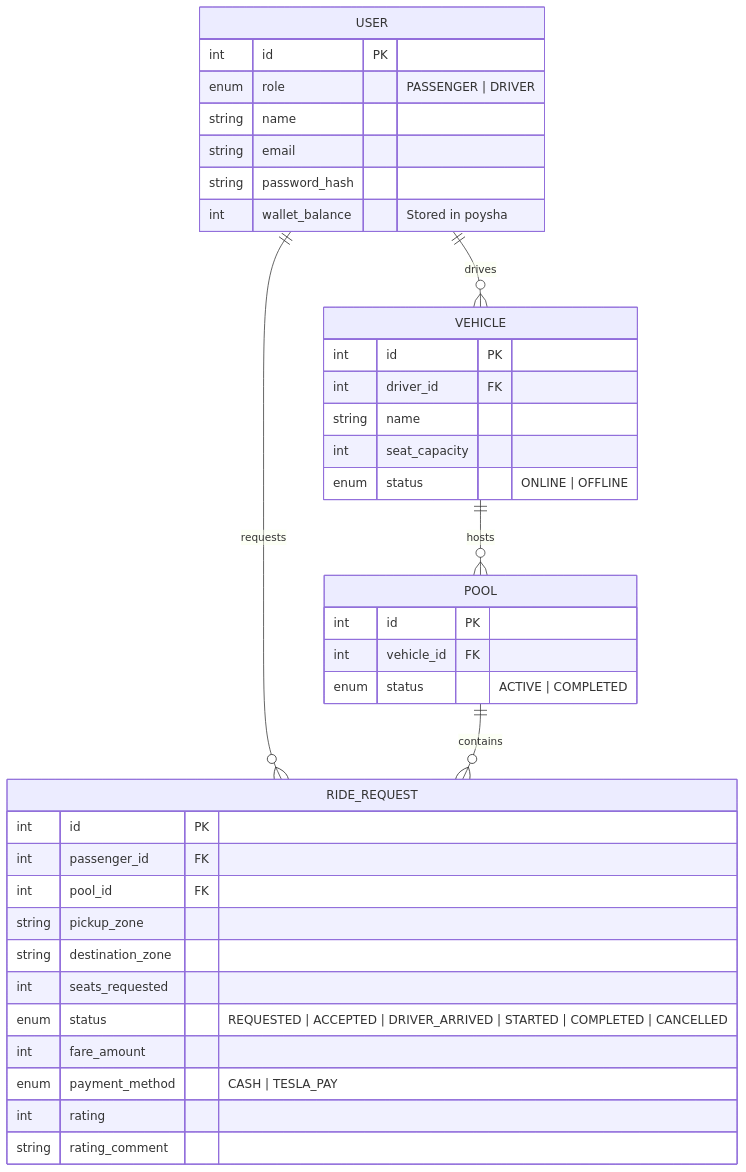
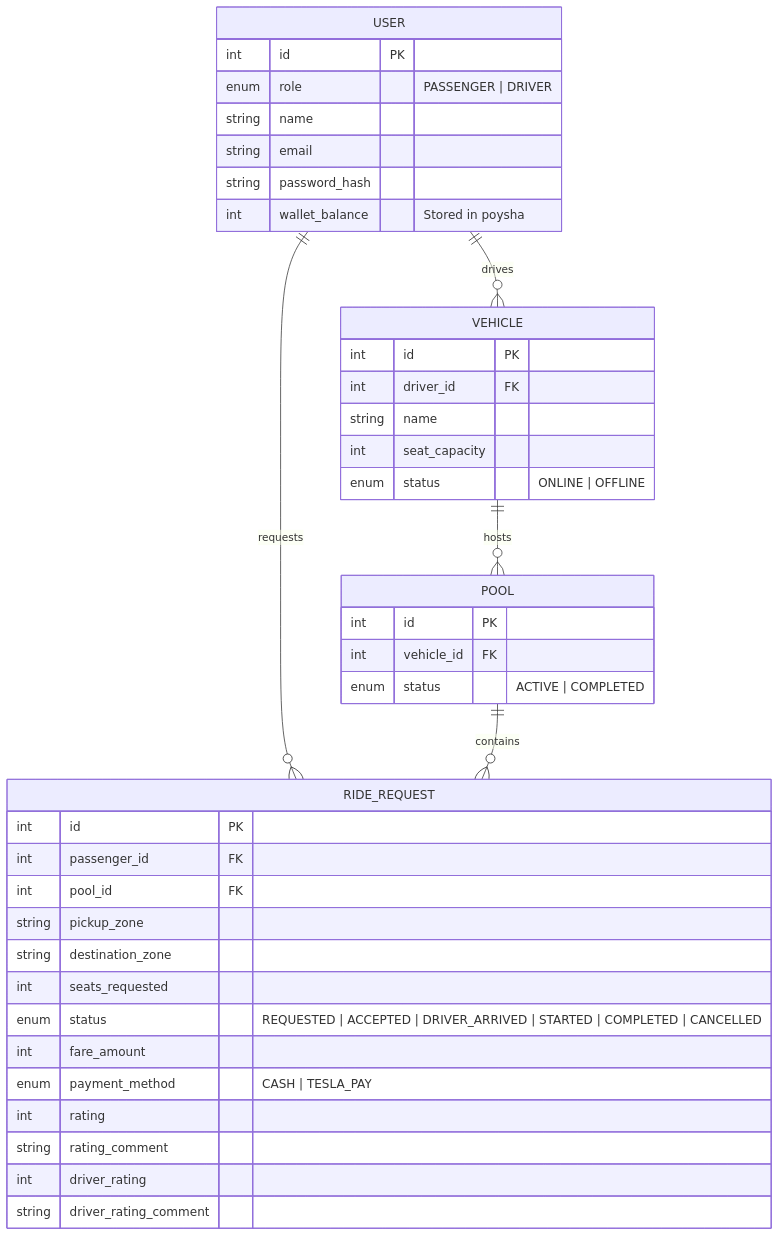
One commit to CyberSurgeon01/OiTesla changed the second of 2 diagrams in README.md. Above: the diagram before and after it, drawn with Mermaid. The commit also changed other lines of this file and 15 other files, not shown here.

````diff
--- a/README.md
+++ b/README.md
@@ -53,41 +53,43 @@
 ```mermaid
 erDiagram
     USER {
         int id PK
         enum role "PASSENGER | DRIVER"
         string name
         string email
         string password_hash
         int wallet_balance "Stored in poysha"
     }
     VEHICLE {
         int id PK
         int driver_id FK
         string name
         int seat_capacity
         enum status "ONLINE | OFFLINE"
     }
     POOL {
         int id PK
         int vehicle_id FK
         enum status "ACTIVE | COMPLETED"
     }
     RIDE_REQUEST {
         int id PK
         int passenger_id FK
         int pool_id FK
         string pickup_zone
         string destination_zone
         int seats_requested
         enum status "REQUESTED | ACCEPTED | DRIVER_ARRIVED | STARTED | COMPLETED | CANCELLED"
         int fare_amount
         enum payment_method "CASH | TESLA_PAY"
         int rating
         string rating_comment
+        int driver_rating
+        string driver_rating_comment
     }
 
     USER ||--o{ VEHICLE : "drives"
     USER ||--o{ RIDE_REQUEST : "requests"
     VEHICLE ||--o{ POOL : "hosts"
     POOL ||--o{ RIDE_REQUEST : "contains"
 ```
````
